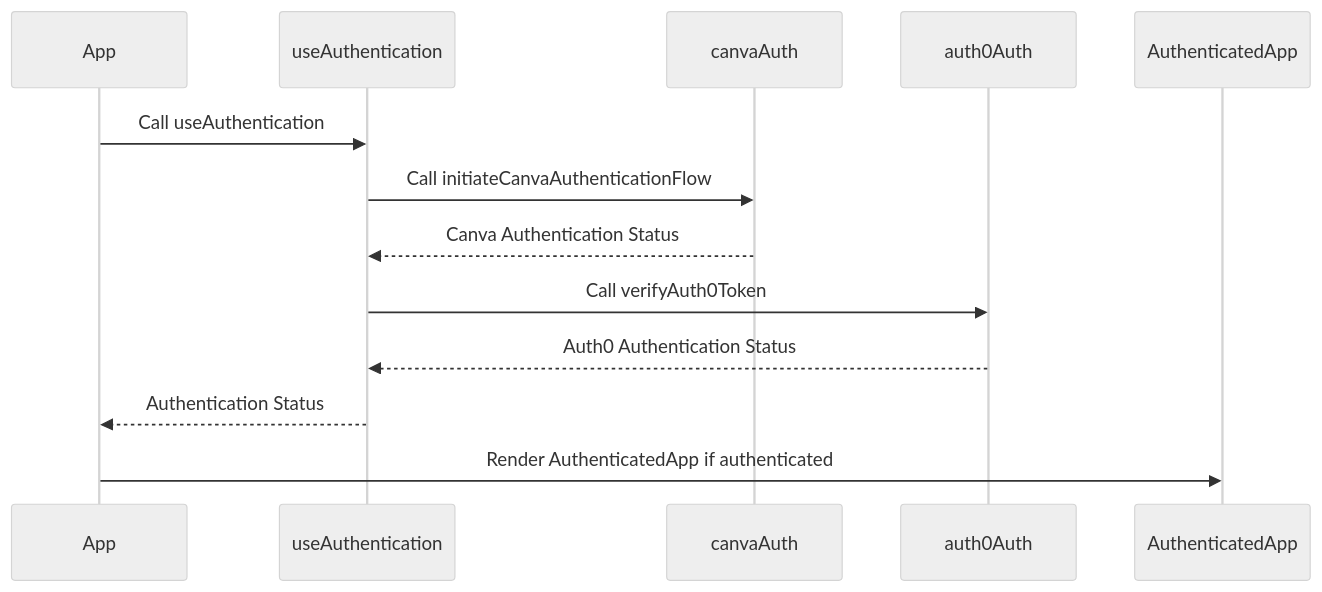
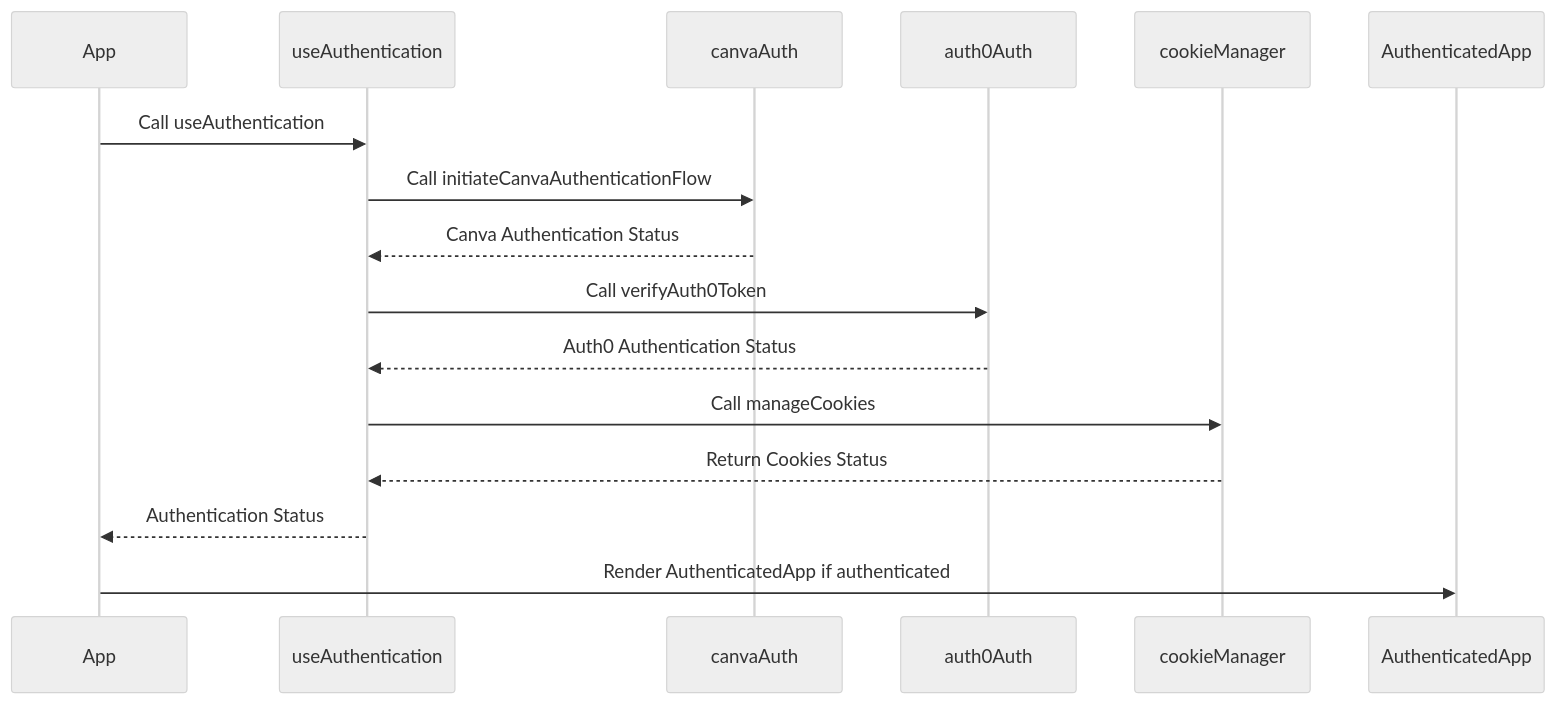
Before and after one commit to DannyGZhang/NFT-market-palce-system-design: the second of 9 diagrams in designAuthentication.md, drawn with Mermaid (neutral theme). The commit also changed other lines of this file, not shown here.

Commit message:
hotfix to use cookies and schma provided

````diff
--- a/designAuthentication.md
+++ b/designAuthentication.md
@@ -18,10 +20,12 @@
 ```mermaid
 sequenceDiagram
     App ->> useAuthentication: Call useAuthentication
     useAuthentication ->> canvaAuth: Call initiateCanvaAuthenticationFlow
     canvaAuth-->>useAuthentication: Canva Authentication Status
     useAuthentication ->> auth0Auth: Call verifyAuth0Token
     auth0Auth-->>useAuthentication: Auth0 Authentication Status
+    useAuthentication ->> cookieManager: Call manageCookies
+    cookieManager-->>useAuthentication: Return Cookies Status
     useAuthentication-->>App: Authentication Status
     App ->> AuthenticatedApp: Render AuthenticatedApp if authenticated
 ```
````
